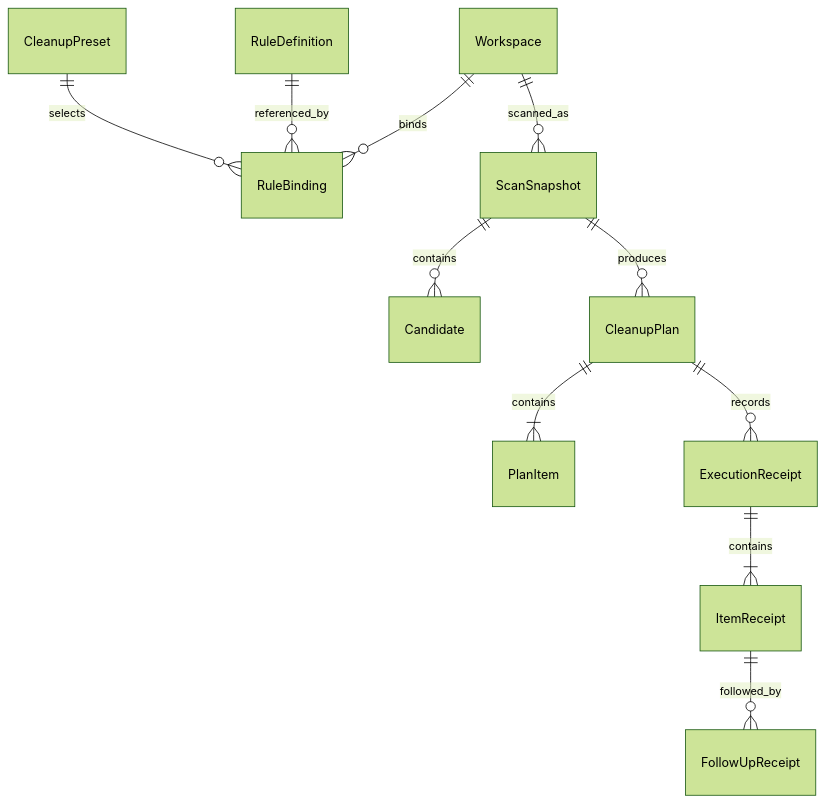
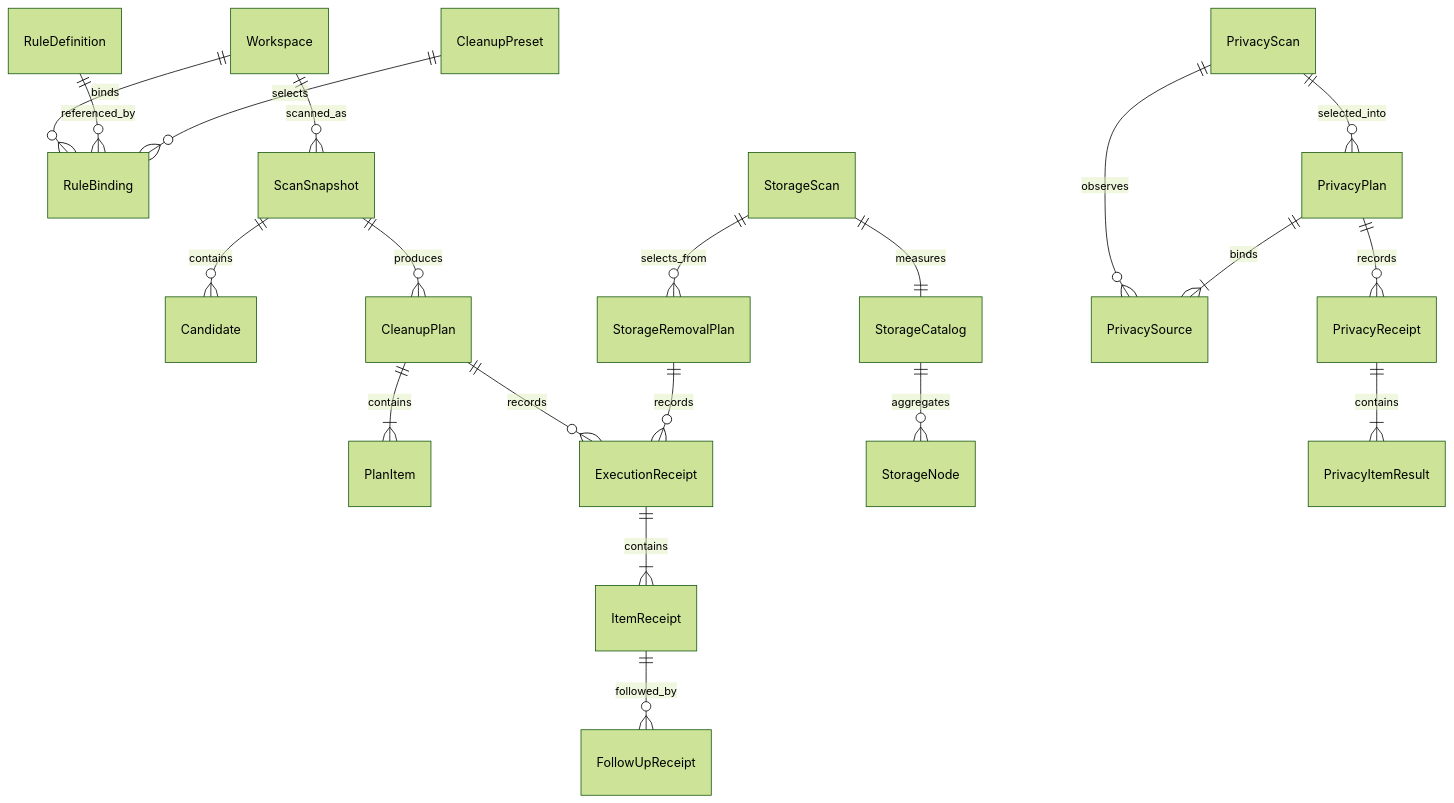
Before and after one commit to limecloud/shou: the first of 4 diagrams in docs/architecture/data-model.md, drawn with Mermaid (forest theme). The commit also changed other lines of this file and 117 other files, not shown here.

````diff
--- a/docs/architecture/data-model.md
+++ b/docs/architecture/data-model.md
@@ -9,13 +9,22 @@
 ```mermaid
 erDiagram
     Workspace ||--o{ RuleBinding : binds
     RuleDefinition ||--o{ RuleBinding : referenced_by
     Workspace ||--o{ ScanSnapshot : scanned_as
     ScanSnapshot ||--o{ Candidate : contains
     CleanupPreset ||--o{ RuleBinding : selects
     ScanSnapshot ||--o{ CleanupPlan : produces
     CleanupPlan ||--|{ PlanItem : contains
     CleanupPlan ||--o{ ExecutionReceipt : records
     ExecutionReceipt ||--|{ ItemReceipt : contains
     ItemReceipt ||--o{ FollowUpReceipt : followed_by
+    StorageScan ||--|| StorageCatalog : measures
+    StorageCatalog ||--o{ StorageNode : aggregates
+    StorageScan ||--o{ StorageRemovalPlan : selects_from
+    StorageRemovalPlan ||--o{ ExecutionReceipt : records
+    PrivacyScan ||--o{ PrivacySource : observes
+    PrivacyScan ||--o{ PrivacyPlan : selected_into
+    PrivacyPlan ||--|{ PrivacySource : binds
+    PrivacyPlan ||--o{ PrivacyReceipt : records
+    PrivacyReceipt ||--|{ PrivacyItemResult : contains
 ```
````
